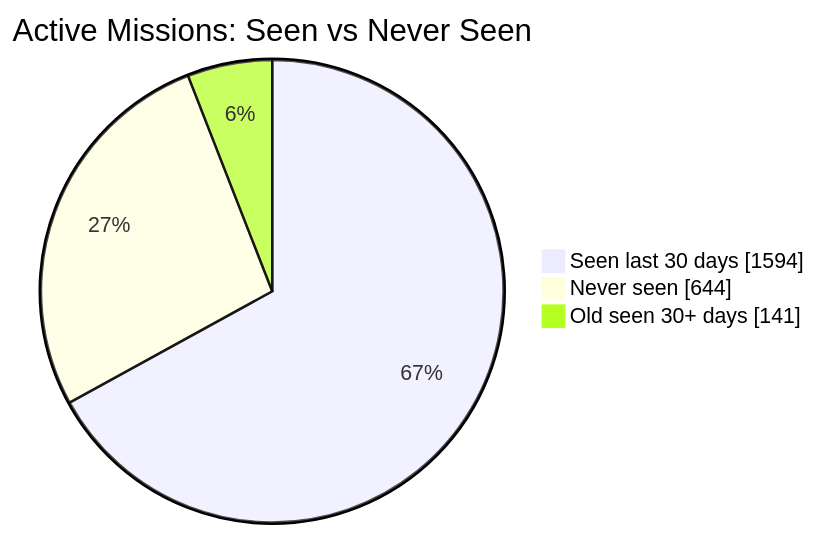
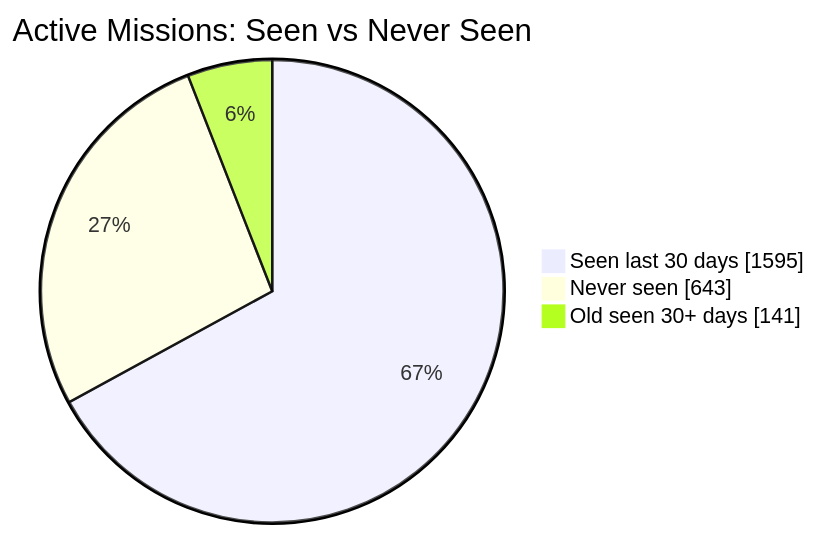
Before and after one commit to MeldkamerspelGameTeam/active-missions: the first of 2 diagrams in README.md, drawn with Mermaid. The commit also changed other lines of this file and 2 other files, not shown here.

````diff
--- a/README.md
+++ b/README.md
@@ -34,7 +34,7 @@
 ```mermaid
 pie showData
     title Active Missions: Seen vs Never Seen
-    "Seen last 30 days" : 1594
-    "Never seen" : 644
+    "Seen last 30 days" : 1595
+    "Never seen" : 643
     "Old seen 30+ days" : 141
 ```
````
